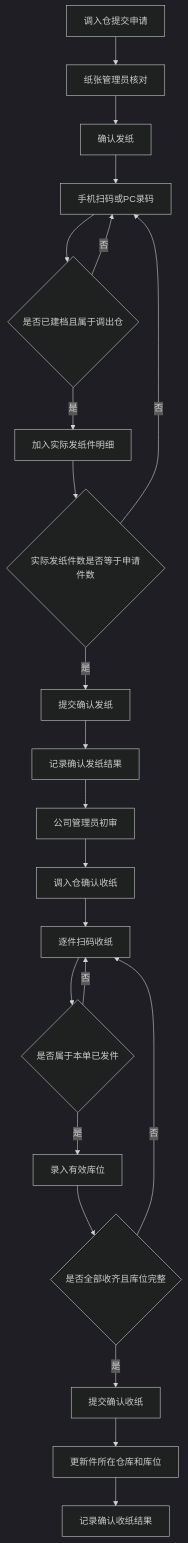
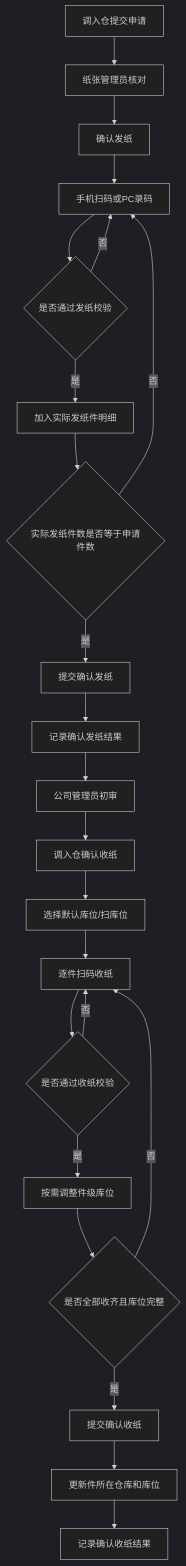
The second of 3 diagrams in 3-纸张管理扫码出入库/纸张管理迭代需求文档_2026-03-18.md (22816523/math-kids), drawn with Mermaid (dark theme) before and after one commit. The commit also changed other lines of this file, not shown here.

````diff
--- a/3-纸张管理扫码出入库/纸张管理迭代需求文档_2026-03-18.md
+++ b/3-纸张管理扫码出入库/纸张管理迭代需求文档_2026-03-18.md
@@ -209,24 +217,25 @@
 ```mermaid
 graph TD
 A[调入仓提交申请] --> B[纸张管理员核对]
 B --> C[确认发纸]
 C --> D[手机扫码或PC录码]
-D --> E{是否已建档且属于调出仓}
+D --> E{是否通过发纸校验}
 E -->|否| D
 E -->|是| F[加入实际发纸件明细]
 F --> G{实际发纸件数是否等于申请件数}
 G -->|否| D
 G -->|是| H[提交确认发纸]
 H --> I[记录确认发纸结果]
 I --> J[公司管理员初审]
 J --> K[调入仓确认收纸]
-K --> L[逐件扫码收纸]
-L --> M{是否属于本单已发件}
-M -->|否| L
-M -->|是| N[录入有效库位]
-N --> O{是否全部收齐且库位完整}
-O -->|否| L
-O -->|是| P[提交确认收纸]
-P --> Q[更新件所在仓库和库位]
-Q --> R[记录确认收纸结果]
+K --> L[选择默认库位/扫库位]
+L --> M[逐件扫码收纸]
+M --> N{是否通过收纸校验}
+N -->|否| M
+N -->|是| O[按需调整件级库位]
+O --> P{是否全部收齐且库位完整}
+P -->|否| M
+P -->|是| Q[提交确认收纸]
+Q --> R[更新件所在仓库和库位]
+R --> S[记录确认收纸结果]
 ```
````
